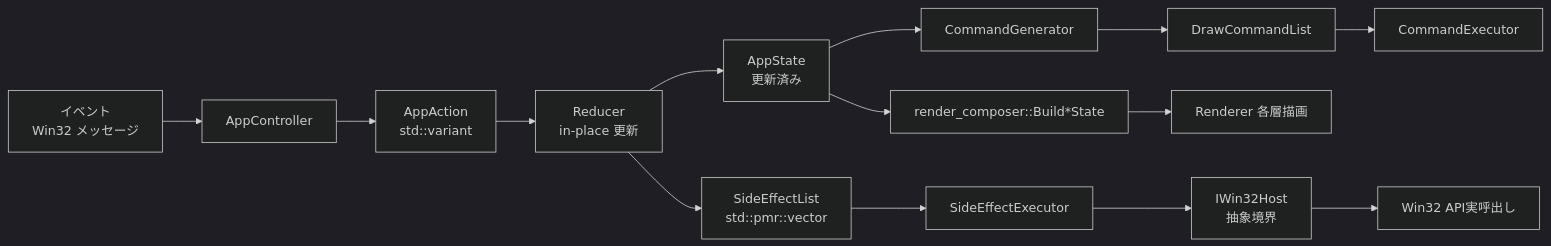
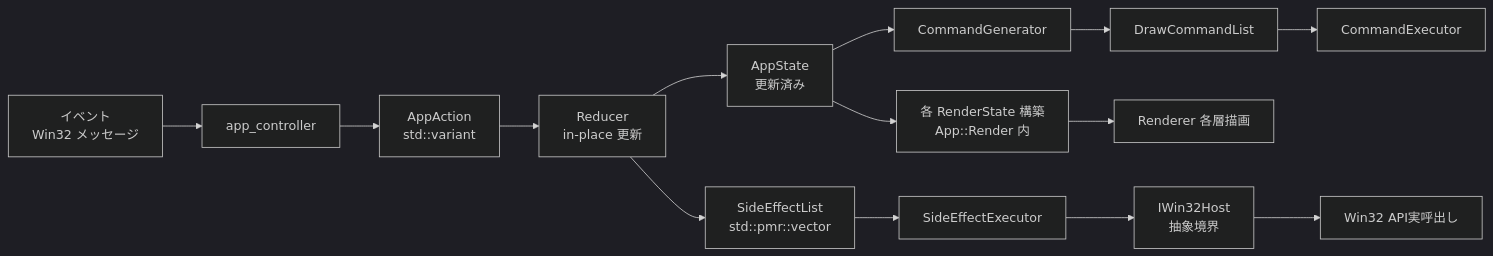
One commit to tanaton/mendo changed the second of 27 diagrams in example/test.md. Above: the diagram before and after it, drawn with Mermaid (dark theme). The commit also changed other lines of this file, not shown here.

````diff
--- a/example/test.md
+++ b/example/test.md
@@ -109,16 +107,16 @@
 ```mermaid
 flowchart LR
-    EVT[イベント<br>Win32 メッセージ] --> AC[AppController]
+    EVT[イベント<br>Win32 メッセージ] --> AC[app_controller]
     AC --> ACTION[AppAction<br>std::variant]
     ACTION --> RED[Reducer<br>in-place 更新]
     RED --> ST[AppState<br>更新済み]
     RED --> EFF[SideEffectList<br>std::pmr::vector]
     EFF --> EXEC[SideEffectExecutor]
     EXEC --> HOST[IWin32Host<br>抽象境界]
     HOST --> WIN[Win32 API実呼出し]
     ST --> CG[CommandGenerator]
     CG --> CMDS[DrawCommandList]
     CMDS --> CE[CommandExecutor]
-    ST --> RC[render_composer::Build*State]
-    RC --> RNDR[Renderer 各層描画]
+    ST --> RS[各 RenderState 構築<br>App::Render 内]
+    RS --> RNDR[Renderer 各層描画]
 ```
````
